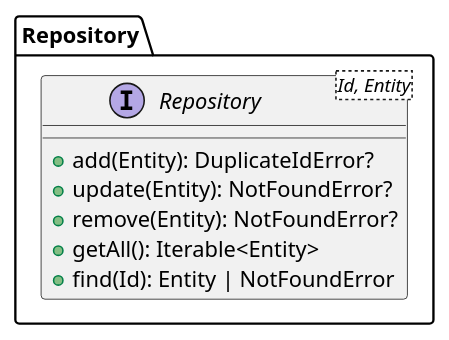
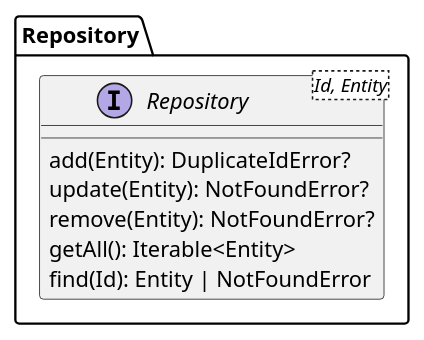
The diagram in diagrams/src/repository.puml (DomoticASW/.github), drawn with PlantUML before and after one commit. The commit also changed 6 other files, not shown here.

Commit message:
set standard for some diagram sintaxes

```diff
--- a/diagrams/src/repository.puml
+++ b/diagrams/src/repository.puml
@@ -1,13 +1,13 @@
 @startuml repository
 
 package Repository{
     interface Repository<Id, Entity> {
-        + add(Entity): DuplicateIdError?
-        + update(Entity): NotFoundError?
-        + remove(Entity): NotFoundError?
-        + getAll(): Iterable<Entity>
-        + find(Id): Entity | NotFoundError
+        add(Entity): DuplicateIdError?
+        update(Entity): NotFoundError?
+        remove(Entity): NotFoundError?
+        getAll(): Iterable<Entity>
+        find(Id): Entity | NotFoundError
     }
 }
 
 @enduml
```
